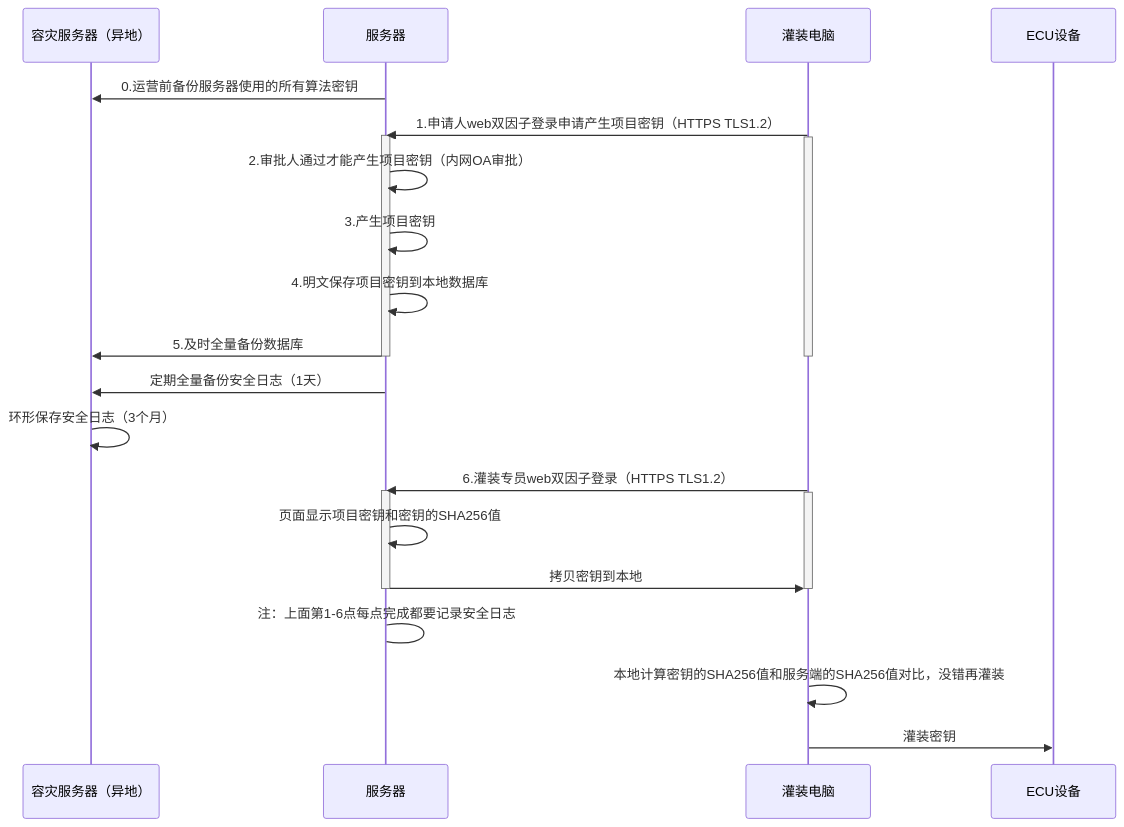
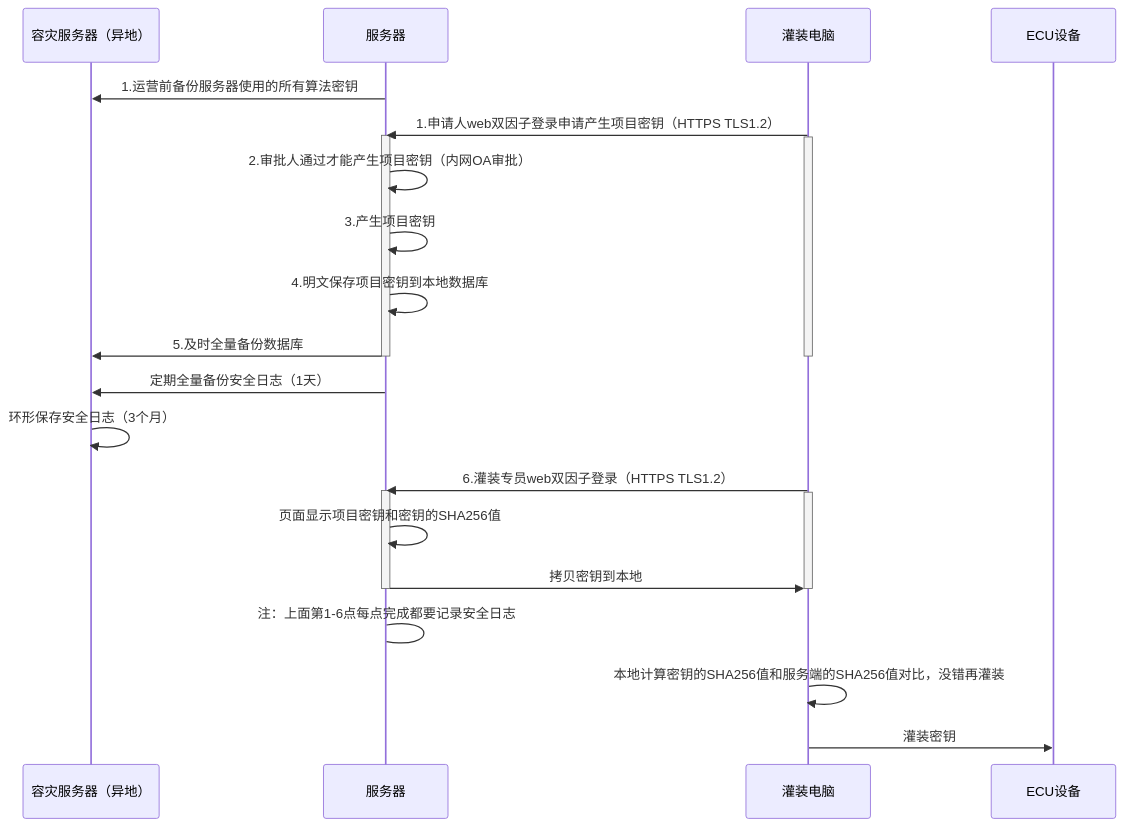
One commit to facebook-cloud/iodraw-files changed the diagram in all/未命名-25.md. Above: the diagram before and after it, drawn with Mermaid.

Commit message:
2026-04-21 14:12:30 update

````diff
--- a/all/未命名-25.md
+++ b/all/未命名-25.md
@@ -1,35 +1,35 @@
 ```mermaid
 sequenceDiagram
     participant A as 容灾服务器（异地）
     participant B as 服务器
     participant D as 灌装电脑
     participant E as ECU设备
 
-    B->>A: 0.运营前备份服务器使用的所有算法密钥
+    B->>A: 1.运营前备份服务器使用的所有算法密钥
     D->>B: 1.申请人web双因子登录申请产生项目密钥（HTTPS TLS1.2）
     activate B
     activate D
     B->>B: 2.审批人通过才能产生项目密钥（内网OA审批）
     B->>B: 3.产生项目密钥
     B->>B: 4.明文保存项目密钥到本地数据库
     B->>A: 5.及时全量备份数据库
 
     deactivate B
     deactivate D
 
     B->>A: 定期全量备份安全日志（1天）
     A->>A: 环形保存安全日志（3个月）
     
     D->>B: 6.灌装专员web双因子登录（HTTPS TLS1.2）
     activate B
     activate D
     B->>B: 页面显示项目密钥和密钥的SHA256值
     B->>D: 拷贝密钥到本地
     deactivate B
     deactivate D
     B->B: 注：上面第1-6点每点完成都要记录安全日志
 
     D->>D:本地计算密钥的SHA256值和服务端的SHA256值对比，没错再灌装
     
     D->>E: 灌装密钥
 ```
````
